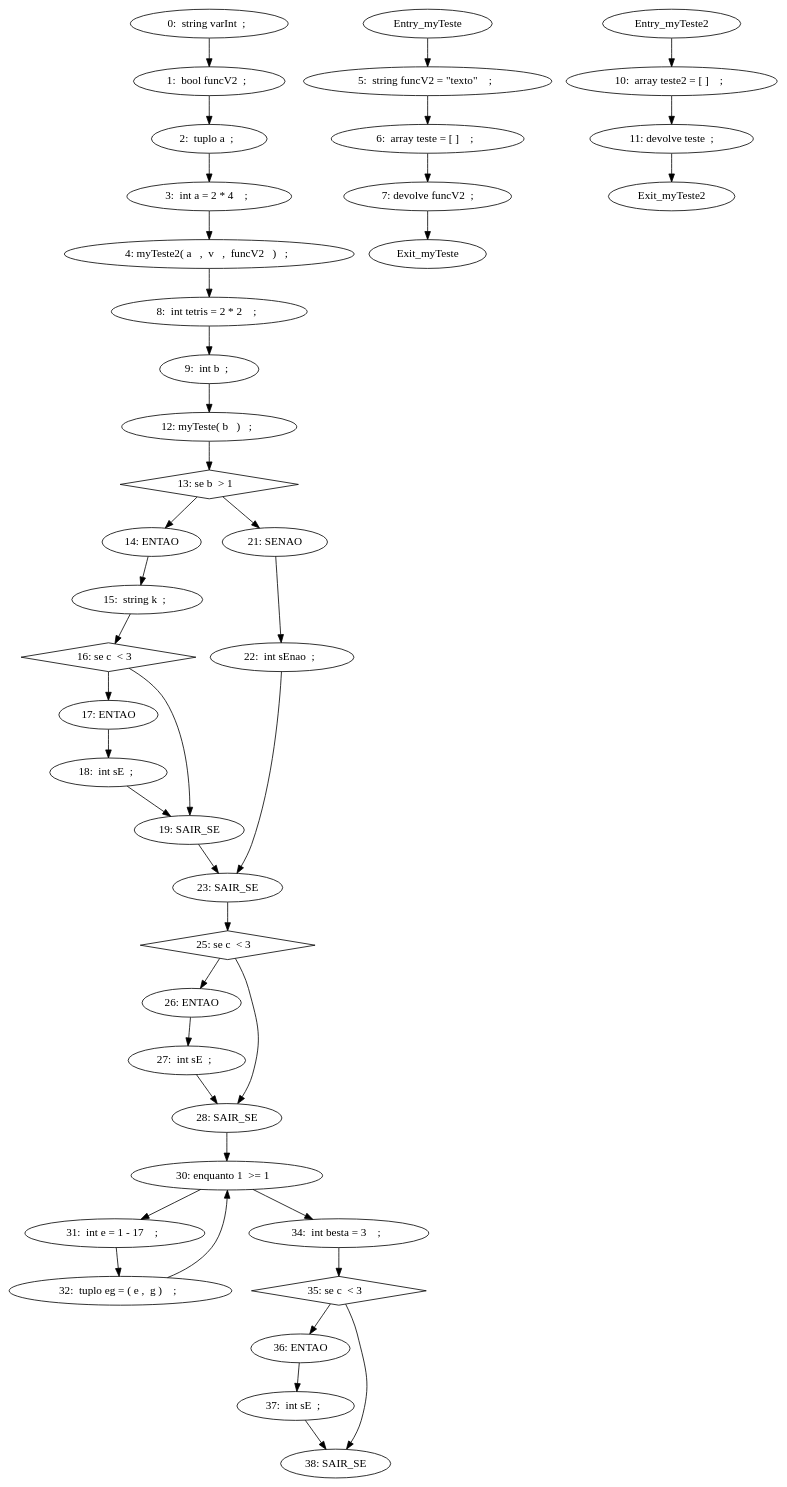
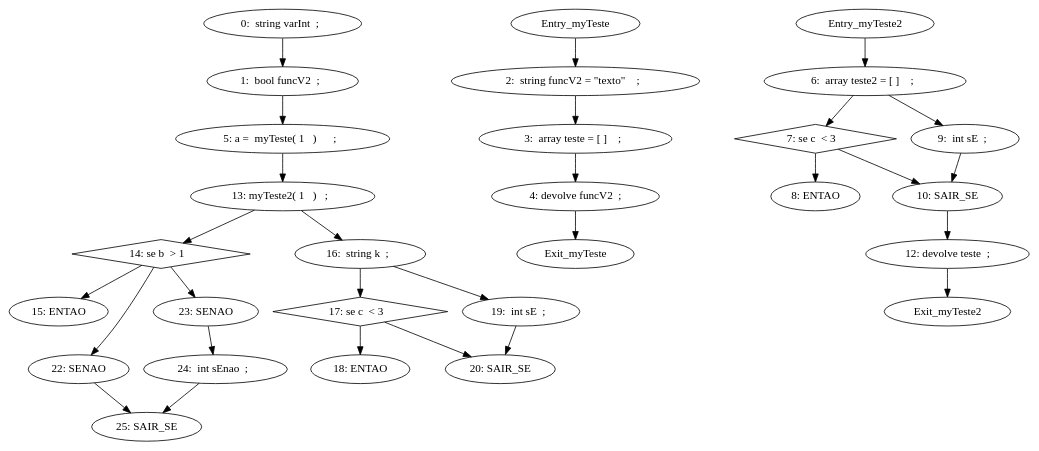
One commit to Yakari144/ImperativeLanguageAnalyser changed the diagram in cfg.dot. Above: the diagram before and after it, drawn with Graphviz. The commit also changed 5 other files, not shown here.

```diff
--- a/cfg.dot
+++ b/cfg.dot
@@ -1,47 +1,33 @@
 digraph CFG{
 "0:  string varInt  ;  " -> "1:  bool funcV2  ;  "
-"1:  bool funcV2  ;  " -> "2:  tuplo a  ;  "
-"2:  tuplo a  ;  " -> "3:  int a = 2 * 4    ;  "
-"3:  int a = 2 * 4    ;  " -> "4: myTeste2( a   ,  v   ,  funcV2   )   ;  "
-"Entry_myTeste" -> "5:  string funcV2 = \"texto\"    ;  "
-"5:  string funcV2 = \"texto\"    ;  " -> "6:  array teste = [ ]    ;  "
-"6:  array teste = [ ]    ;  " -> "7: devolve funcV2  ; "
-"7: devolve funcV2  ; " -> "Exit_myTeste"
-"4: myTeste2( a   ,  v   ,  funcV2   )   ;  " -> "8:  int tetris = 2 * 2    ;  "
-"8:  int tetris = 2 * 2    ;  " -> "9:  int b  ;  "
-"Entry_myTeste2" -> "10:  array teste2 = [ ]    ;  "
-"10:  array teste2 = [ ]    ;  " -> "11: devolve teste  ; "
-"11: devolve teste  ; " -> "Exit_myTeste2"
-"9:  int b  ;  " -> "12: myTeste( b   )   ;  "
-"12: myTeste( b   )   ;  " -> "13: se b  > 1   "
-"13: se b  > 1   " [shape=diamond]
-"13: se b  > 1   " -> "14: ENTAO"
-"14: ENTAO" -> "15:  string k  ;  "
-"15:  string k  ;  " -> "16: se c  < 3   "
-"16: se c  < 3   " [shape=diamond]
-"16: se c  < 3   " -> "17: ENTAO"
-"17: ENTAO" -> "18:  int sE  ;  "
-"18:  int sE  ;  " -> "19: SAIR_SE"
-"16: se c  < 3   " -> "19: SAIR_SE"
-"13: se b  > 1   " -> "21: SENAO "
-"21: SENAO " -> "22:  int sEnao  ;  "
-"22:  int sEnao  ;  " -> "23: SAIR_SE"
-"19: SAIR_SE" -> "23: SAIR_SE"
-"23: SAIR_SE" -> "25: se c  < 3   "
-"25: se c  < 3   " [shape=diamond]
-"25: se c  < 3   " -> "26: ENTAO"
-"26: ENTAO" -> "27:  int sE  ;  "
-"27:  int sE  ;  " -> "28: SAIR_SE"
-"25: se c  < 3   " -> "28: SAIR_SE"
-"28: SAIR_SE" -> "30: enquanto 1  >= 1   "
-"30: enquanto 1  >= 1   " -> "31:  int e = 1 - 17    ;  "
-"31:  int e = 1 - 17    ;  " -> "32:  tuplo eg = ( e ,  g )    ;  "
-"32:  tuplo eg = ( e ,  g )    ;  " -> "30: enquanto 1  >= 1   "
-"30: enquanto 1  >= 1   " -> "34:  int besta = 3    ;  "
-"34:  int besta = 3    ;  " -> "35: se c  < 3   "
-"35: se c  < 3   " [shape=diamond]
-"35: se c  < 3   " -> "36: ENTAO"
-"36: ENTAO" -> "37:  int sE  ;  "
-"37:  int sE  ;  " -> "38: SAIR_SE"
-"35: se c  < 3   " -> "38: SAIR_SE"
+"Entry_myTeste" -> "2:  string funcV2 = \"texto\"    ;  "
+"2:  string funcV2 = \"texto\"    ;  " -> "3:  array teste = [ ]    ;  "
+"3:  array teste = [ ]    ;  " -> "4: devolve funcV2  ; "
+"4: devolve funcV2  ; " -> "Exit_myTeste"
+"1:  bool funcV2  ;  " -> "5: a =  myTeste( 1   )      ;  "
+"Entry_myTeste2" -> "6:  array teste2 = [ ]    ;  "
+"6:  array teste2 = [ ]    ;  " -> "7: se c  < 3   "
+"7: se c  < 3   " -> "8: ENTAO"
+"7: se c  < 3   " [shape=diamond]
+"6:  array teste2 = [ ]    ;  " -> "9:  int sE  ;  "
+"9:  int sE  ;  " -> "10: SAIR_SE"
+"7: se c  < 3   " -> "10: SAIR_SE"
+"10: SAIR_SE" -> "12: devolve teste  ; "
+"12: devolve teste  ; " -> "Exit_myTeste2"
+"5: a =  myTeste( 1   )      ;  " -> "13: myTeste2( 1   )   ;  "
+"13: myTeste2( 1   )   ;  " -> "14: se b  > 1   "
+"14: se b  > 1   " -> "15: ENTAO"
+"14: se b  > 1   " [shape=diamond]
+"13: myTeste2( 1   )   ;  " -> "16:  string k  ;  "
+"16:  string k  ;  " -> "17: se c  < 3   "
+"17: se c  < 3   " -> "18: ENTAO"
+"17: se c  < 3   " [shape=diamond]
+"16:  string k  ;  " -> "19:  int sE  ;  "
+"19:  int sE  ;  " -> "20: SAIR_SE"
+"17: se c  < 3   " -> "20: SAIR_SE"
+"14: se b  > 1   " -> "22: SENAO"
+"14: se b  > 1   " -> "23: SENAO "
+"23: SENAO " -> "24:  int sEnao  ;  "
+"24:  int sEnao  ;  " -> "25: SAIR_SE"
+"22: SENAO" -> "25: SAIR_SE"
 }
```
